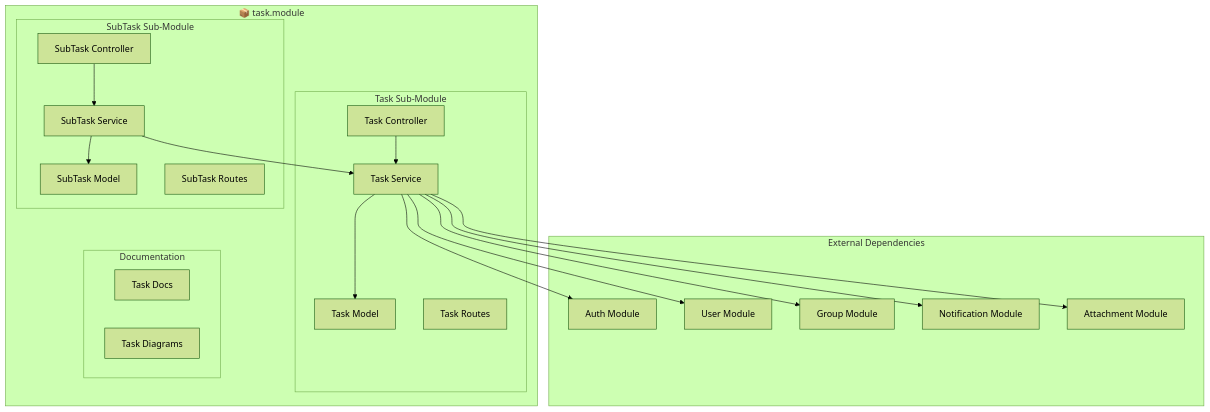
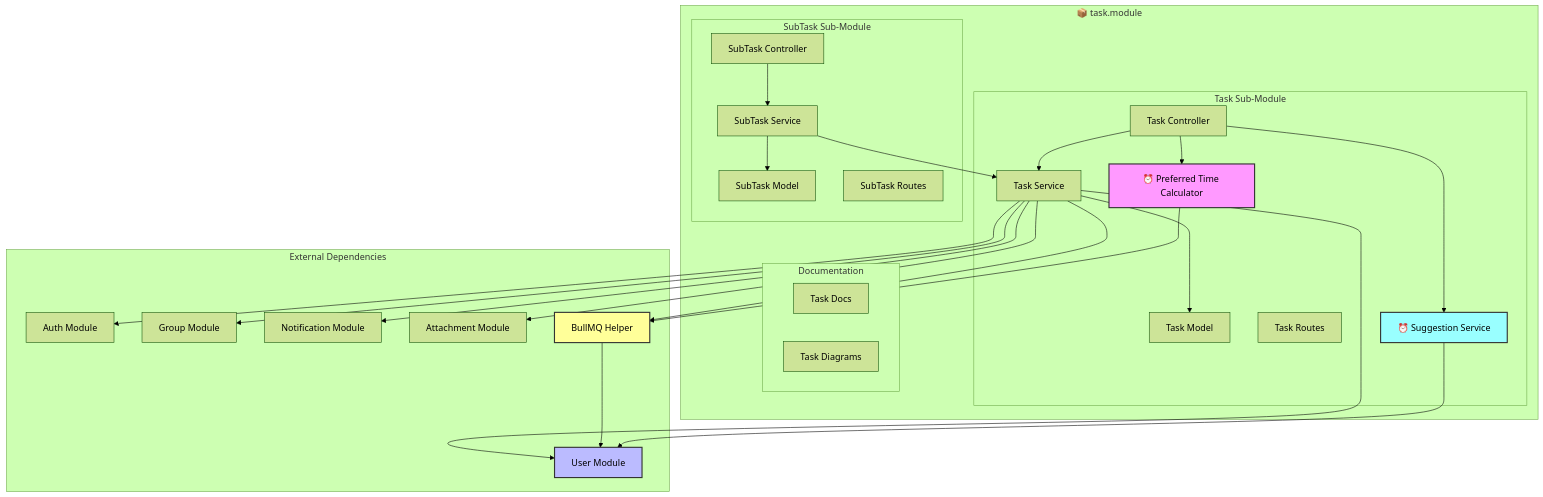
One commit to MohammadSheakh/task-management changed the diagram in task-management-backend-template/src/modules/task.module/doc/dia/task-component-architecture.mermaid. Above: the diagram before and after it, drawn with Mermaid (forest theme). The commit also changed 37 other files, not shown here.

```diff
--- a/task-management-backend-template/src/modules/task.module/doc/dia/task-component-architecture.mermaid
+++ b/task-management-backend-template/src/modules/task.module/doc/dia/task-component-architecture.mermaid
@@ -1,42 +1,58 @@
 graph TB
     subgraph task_module["📦 task.module"]
         subgraph task["Task Sub-Module"]
             TaskModel[Task Model]
             TaskService[Task Service]
             TaskController[Task Controller]
             TaskRoutes[Task Routes]
+            PrefTimeCalc[⏰ Preferred Time Calculator]
+            PrefSuggestion[⏰ Suggestion Service]
         end
 
         subgraph subtask["SubTask Sub-Module"]
             SubTaskModel[SubTask Model]
             SubTaskService[SubTask Service]
             SubTaskController[SubTask Controller]
             SubTaskRoutes[SubTask Routes]
         end
 
         subgraph doc["Documentation"]
             TaskDocs[Task Docs]
             TaskDiagrams[Task Diagrams]
         end
     end
 
     subgraph external["External Dependencies"]
         Auth[Auth Module]
         User[User Module]
         Group[Group Module]
         Notification[Notification Module]
         Attachment[Attachment Module]
+        BullMQ[BullMQ Helper]
     end
 
     TaskController --> TaskService
     TaskService --> TaskModel
     SubTaskController --> SubTaskService
     SubTaskService --> SubTaskModel
 
     TaskService --> Auth
     TaskService --> User
     TaskService --> Group
     TaskService --> Notification
     TaskService --> Attachment
+    TaskService --> BullMQ
 
     SubTaskService --> TaskService
+
+    TaskController --> PrefTimeCalc
+    PrefTimeCalc --> BullMQ
+    BullMQ --> User
+
+    TaskController --> PrefSuggestion
+    PrefSuggestion --> User
+
+    style PrefTimeCalc fill:#f9f,stroke:#333,stroke-width:2px
+    style BullMQ fill:#ff9,stroke:#333,stroke-width:2px
+    style PrefSuggestion fill:#9ff,stroke:#333,stroke-width:2px
+    style User fill:#bbf,stroke:#333,stroke-width:2px
```
